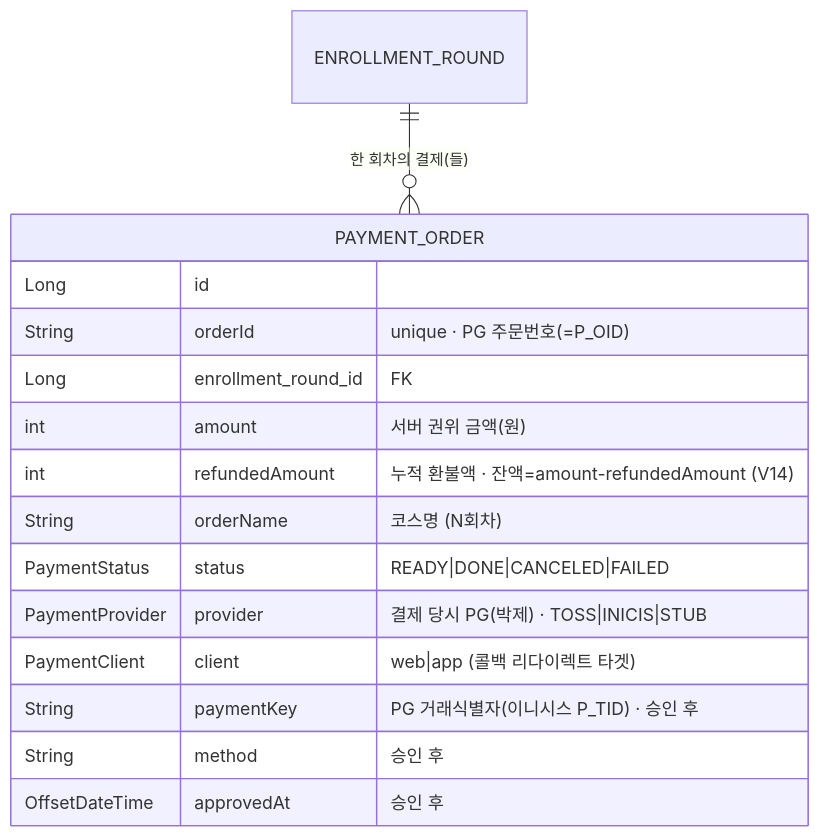
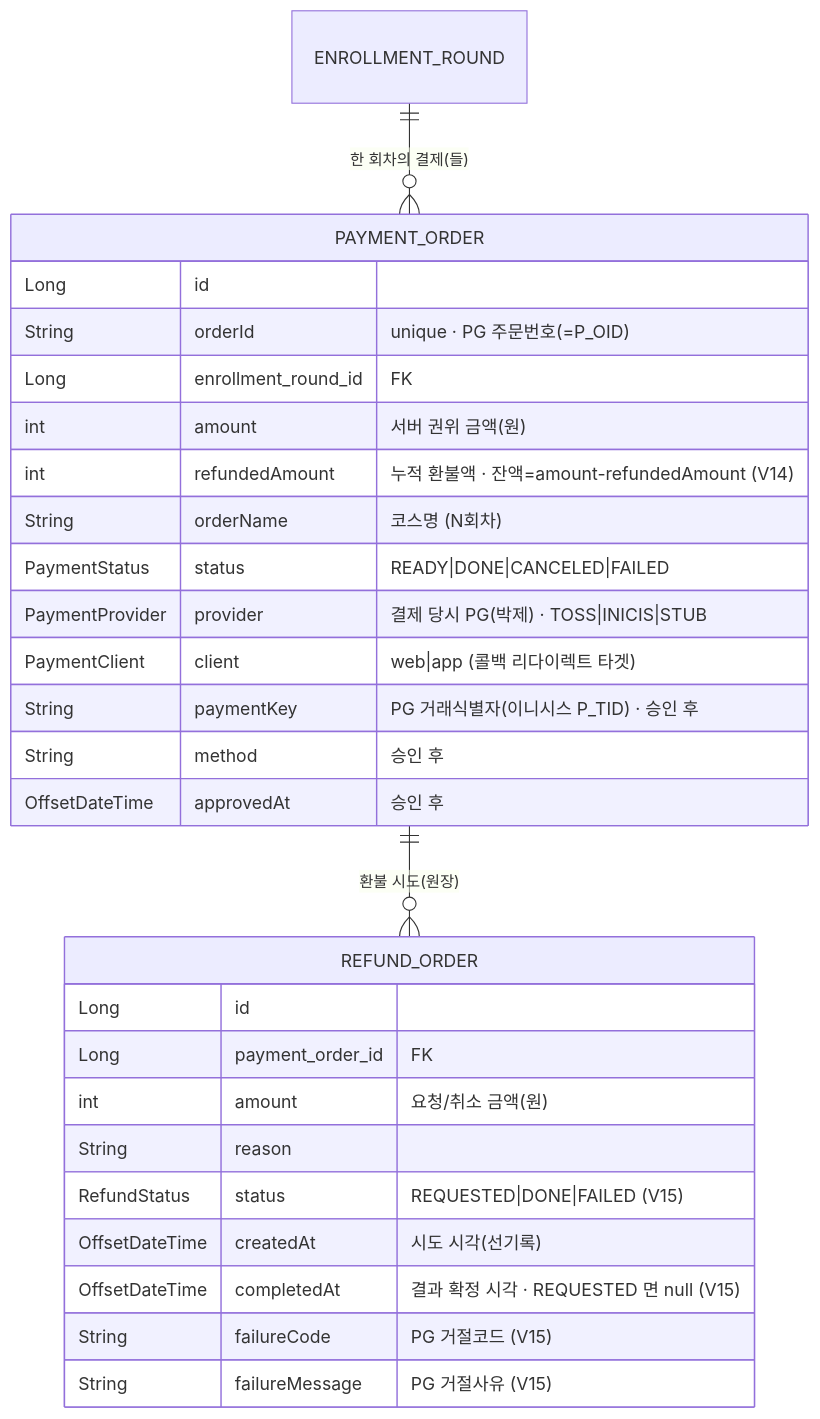
The third of 3 diagrams in docs/architecture/payment.md (pungdong/Pungdong-Backend), drawn with Mermaid before and after one commit. The commit also changed other lines of this file and 11 other files, not shown here.

````diff
--- a/docs/architecture/payment.md
+++ b/docs/architecture/payment.md
@@ -72,18 +72,30 @@
 ```mermaid
 erDiagram
     ENROLLMENT_ROUND ||--o{ PAYMENT_ORDER : "한 회차의 결제(들)"
     PAYMENT_ORDER {
         Long id
         String orderId "unique · PG 주문번호(=P_OID)"
         Long enrollment_round_id "FK"
         int amount "서버 권위 금액(원)"
         int refundedAmount "누적 환불액 · 잔액=amount-refundedAmount (V14)"
         String orderName "코스명 (N회차)"
         PaymentStatus status "READY|DONE|CANCELED|FAILED"
         PaymentProvider provider "결제 당시 PG(박제) · TOSS|INICIS|STUB"
         PaymentClient client "web|app (콜백 리다이렉트 타겟)"
         String paymentKey "PG 거래식별자(이니시스 P_TID) · 승인 후"
         String method "승인 후"
         OffsetDateTime approvedAt "승인 후"
     }
+    PAYMENT_ORDER ||--o{ REFUND_ORDER : "환불 시도(원장)"
+    REFUND_ORDER {
+        Long id
+        Long payment_order_id "FK"
+        int amount "요청/취소 금액(원)"
+        String reason
+        RefundStatus status "REQUESTED|DONE|FAILED (V15)"
+        OffsetDateTime createdAt "시도 시각(선기록)"
+        OffsetDateTime completedAt "결과 확정 시각 · REQUESTED 면 null (V15)"
+        String failureCode "PG 거절코드 (V15)"
+        String failureMessage "PG 거절사유 (V15)"
+    }
 ```
````
